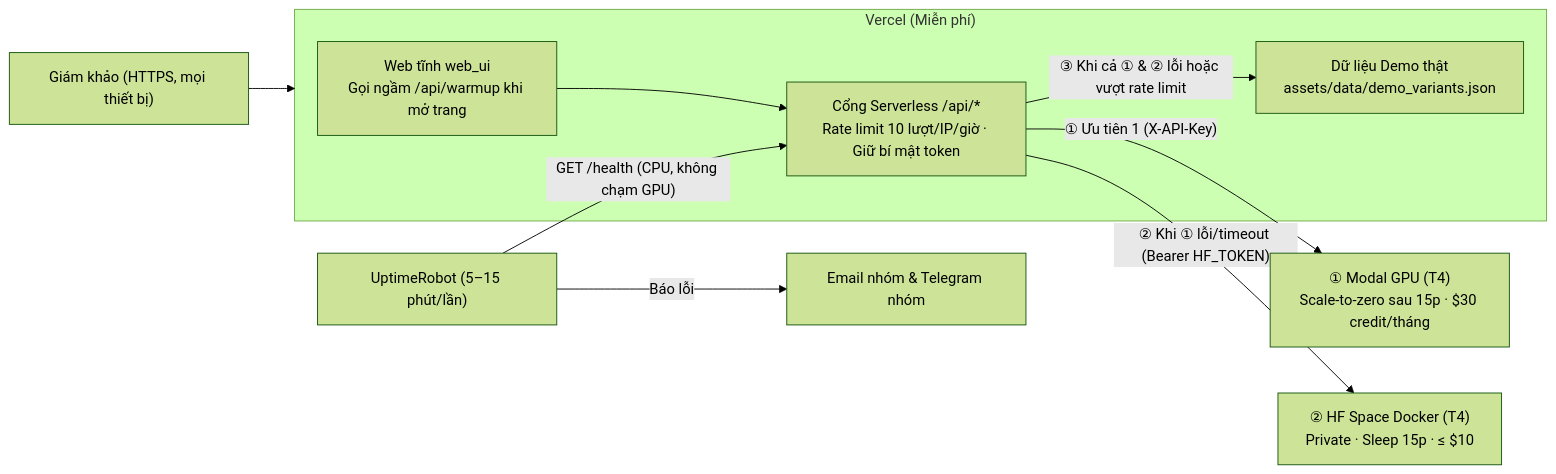
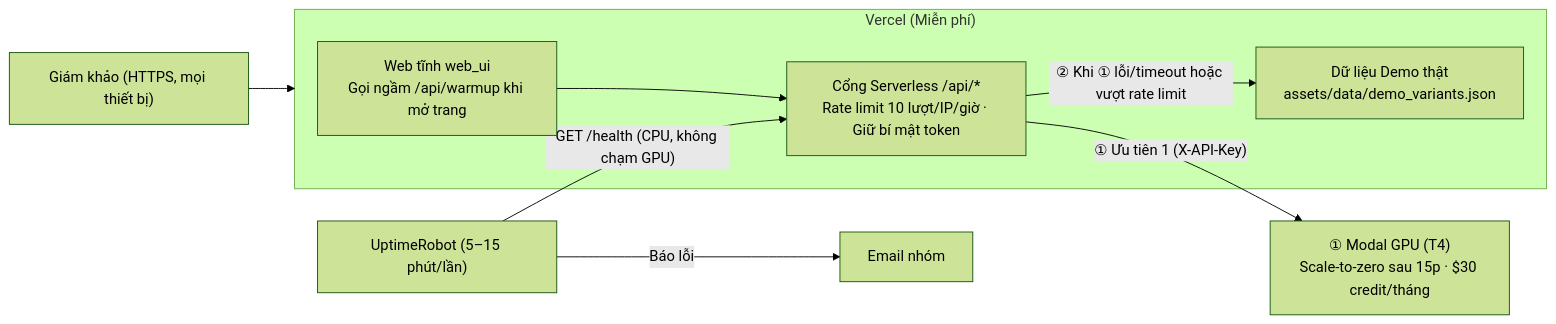
Before and after one commit to quoczai22/tai-sinh-di-san-so-ai: the diagram in docs/DEPLOY.md, drawn with Mermaid (forest theme). The commit also changed other lines of this file and 5 other files, not shown here.

Commit message:
feat(deploy): hoan thien kien truc 2 lop Modal va Demo, loai bo HF Space khoi cau hinh bat buoc

````diff
--- a/docs/DEPLOY.md
+++ b/docs/DEPLOY.md
@@ -9,17 +12,16 @@
 ```mermaid
 flowchart LR
     Judge["Giám khảo (HTTPS, mọi thiết bị)"] --> Vercel["Vercel (Root: web_ui)"]
     subgraph Vercel["Vercel (Miễn phí)"]
         Static["Web tĩnh web_ui\nGọi ngầm /api/warmup khi mở trang"]
         Gateway["Cổng Serverless /api/*\nRate limit 10 lượt/IP/giờ · Giữ bí mật token"]
         DemoData["Dữ liệu Demo thật\nassets/data/demo_variants.json"]
         Static --> Gateway
     end
 
     Gateway -->|"① Ưu tiên 1 (X-API-Key)"| Modal["① Modal GPU (T4)\nScale-to-zero sau 15p · $30 credit/tháng"]
-    Gateway -->|"② Khi ① lỗi/timeout (Bearer HF_TOKEN)"| HFSpace["② HF Space Docker (T4)\nPrivate · Sleep 15p · ≤ $10"]
-    Gateway -->|"③ Khi cả ① & ② lỗi hoặc vượt rate limit"| DemoData
+    Gateway -->|"② Khi ① lỗi/timeout hoặc vượt rate limit"| DemoData
 
     Uptime["UptimeRobot (5–15 phút/lần)"] -->|"GET /health (CPU, không chạm GPU)"| Gateway
-    Uptime -->|"Báo lỗi"| Alert["Email nhóm & Telegram nhóm"]
+    Uptime -->|"Báo lỗi"| Alert["Email nhóm"]
 ```
````
